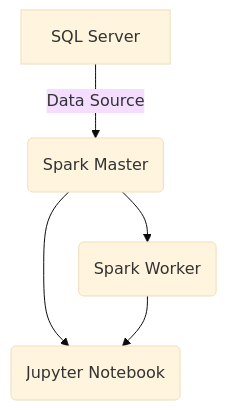
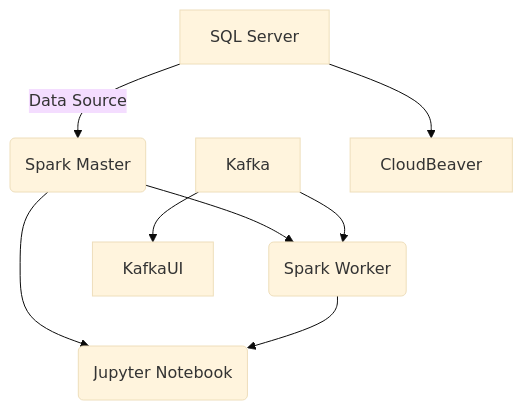
One commit to dpvreony/lab-dotnet-spark changed the diagram in README.md. Above: the diagram before and after it, drawn with Mermaid (base theme).

````diff
--- a/README.md
+++ b/README.md
@@ -30,7 +30,10 @@
 ```mermaid
 graph TD
-    A[SQL Server] -->|Data Source| B(Spark Master)
-    B --> C(Spark Worker)
-    B --> D(Jupyter Notebook)
-    C --> D
+    SQLServer[SQL Server] -->|Data Source| SparkMaster(Spark Master)
+    SparkMaster --> SparkWorker(Spark Worker)
+    SparkMaster --> JupyterNotebook(Jupyter Notebook)
+    SparkWorker --> JupyterNotebook
+    Kafka --> SparkWorker
+    Kafka --> KafkaUI
+    SQLServer --> CloudBeaver
 ```
````
